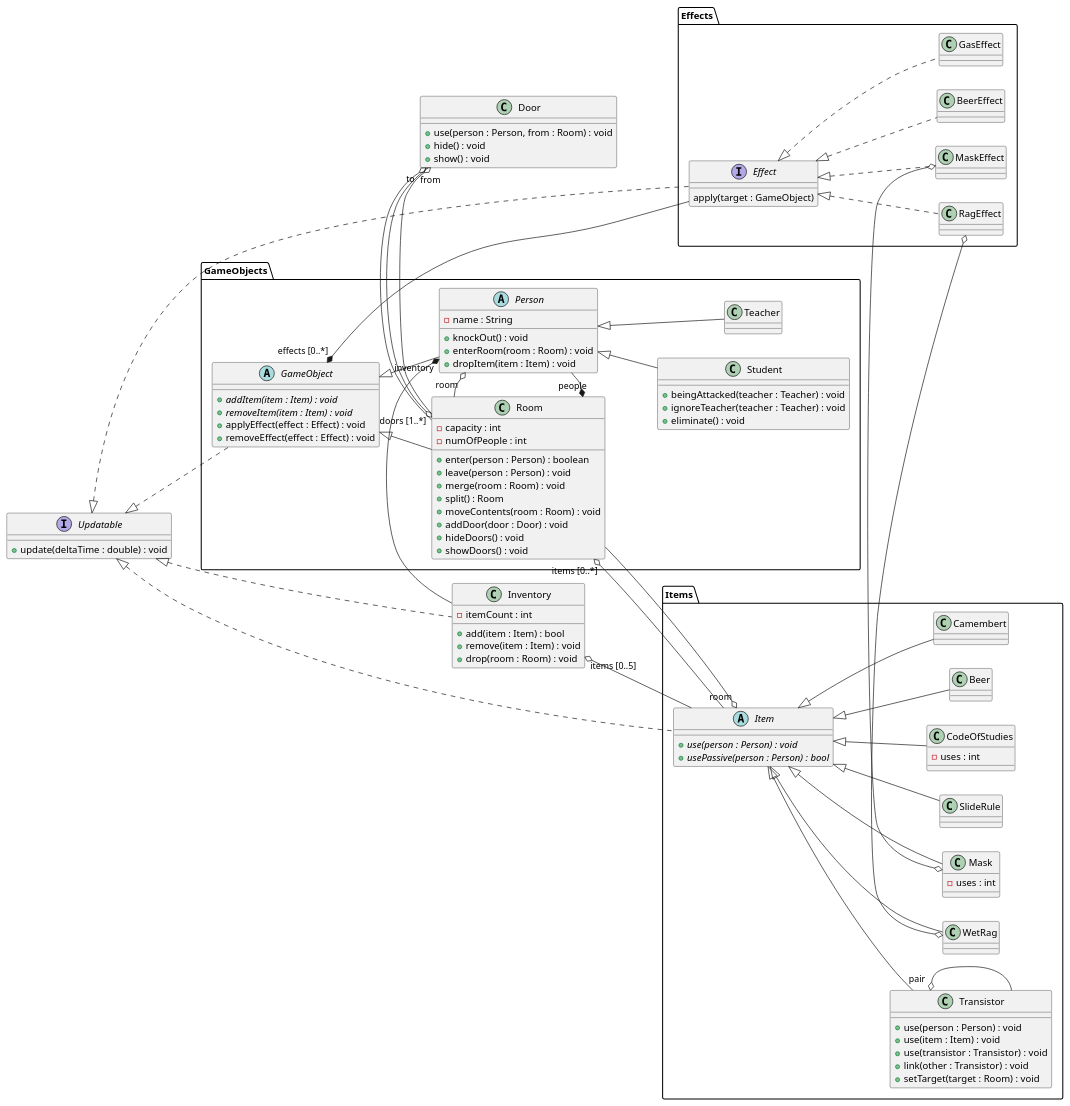
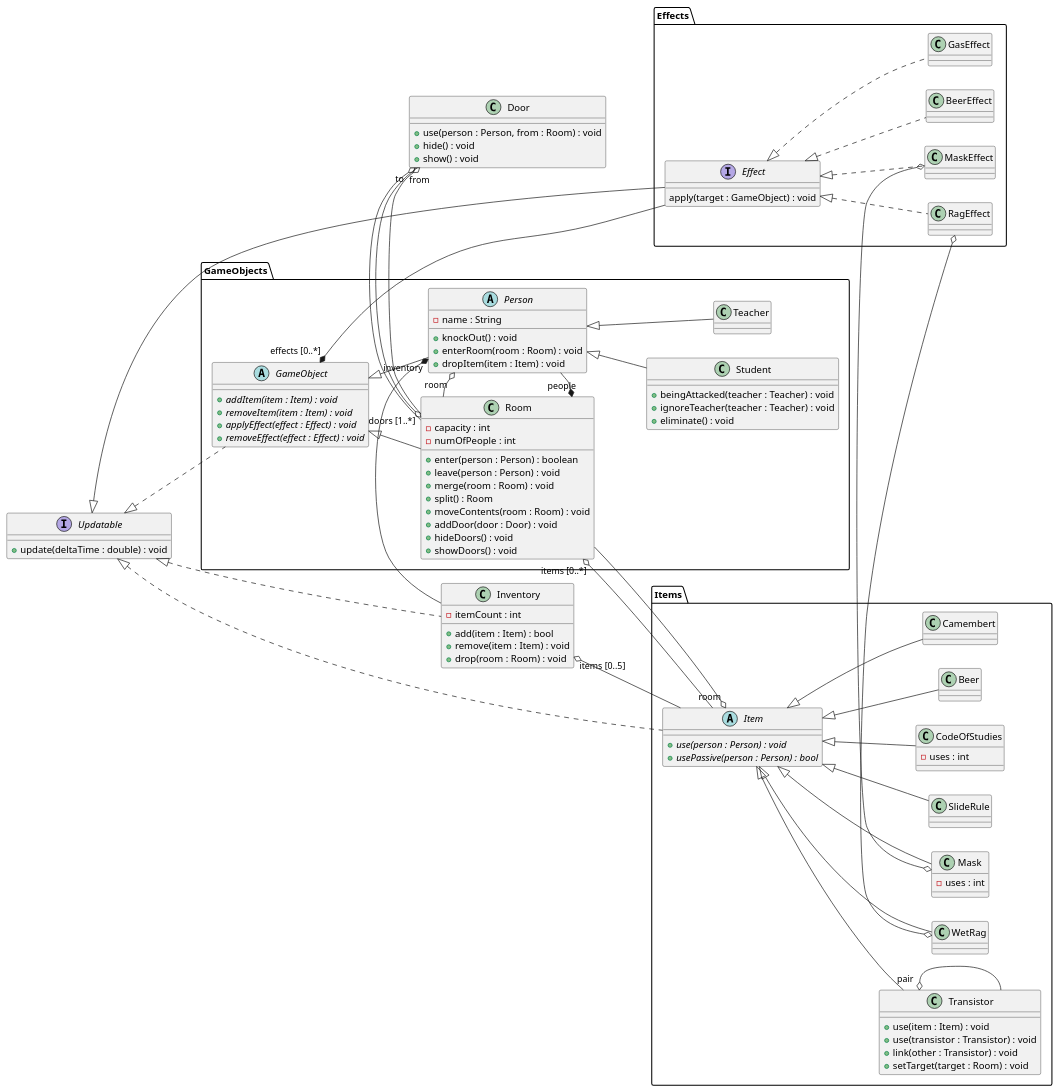
One commit to sn4k3ch4rm3r/logarlec changed the diagram in docs/diagrams/class/overview.puml. Above: the diagram before and after it, drawn with PlantUML. The commit also changed 2 other files, not shown here.

```diff
--- a/docs/diagrams/class/overview.puml
+++ b/docs/diagrams/class/overview.puml
@@ -1,149 +1,148 @@
 @startuml effects
 
 left to right direction
 
 interface Updatable {
 	+ update(deltaTime : double) : void
 }
 
 class Door {
 	+ use(person : Person, from : Room) : void
 	+ hide() : void
 	+ show() : void
 }
 
 class Inventory {
 	- itemCount : int
 	+ add(item : Item) : bool
 	+ remove(item : Item) : void
 	+ drop(room : Room) : void	
 }
 
 package Items {
 	abstract Item {
 		+ {abstract} use(person : Person) : void
 		+ {abstract} usePassive(person : Person) : bool		
 	}
 	
 	class SlideRule
 	
 	class Transistor {
-		+ use(person : Person) : void
 		+ use(item : Item) : void
 		+ use(transistor : Transistor) : void
 		+ link(other : Transistor) : void
 		+ setTarget(target : Room) : void
 	}
 	
 	class CodeOfStudies {
 		- uses : int
 	}
 	
 	class Beer {
 	}
 	
 	class WetRag {
 	}
 	
 	class Mask {
 		- uses : int
 	}
 
 	class Camembert {
 	}
 
 	together {
 		Item <|-- SlideRule
 		Item <|-- Transistor
 		Item <|-- CodeOfStudies
 		Item <|-- Beer
 		Item <|-- WetRag
 		Item <|-- Mask
 		Item <|-- Camembert
 	}
 
 	Transistor "pair" o- Transistor
 }
 
 package Effects {
 	interface Effect {
-		apply(target : GameObject)
+		apply(target : GameObject) : void
 	}
 
 	class BeerEffect
 	class RagEffect
 	class GasEffect
 	class MaskEffect
 
 	together {
 		Effect <|.- BeerEffect
 		Effect <|.- RagEffect
 		Effect <|.- GasEffect
 		Effect <|.- MaskEffect
 	}
 	
-	Updatable <|.- Effect
+	Updatable <|-- Effect
 }
 
 package GameObjects {
 	abstract GameObject {
 		+ {abstract} addItem(item : Item) : void
 		+ {abstract} removeItem(item : Item) : void
-		+ applyEffect(effect : Effect) : void
-		+ removeEffect(effect : Effect) : void
+		+ {abstract} applyEffect(effect : Effect) : void
+		+ {abstract} removeEffect(effect : Effect) : void
 	}
 
 	abstract Person {
 		- name : String
 		+ knockOut() : void
 		+ enterRoom(room : Room) : void
 		+ dropItem(item : Item) : void
 	}
 
 	class Student {
 		+ beingAttacked(teacher : Teacher) : void
 		+ ignoreTeacher(teacher : Teacher) : void
 		+ eliminate() : void
 	}
 	class Teacher {
 		
 	}
 
 	class Room {
 		- capacity : int
 		- numOfPeople : int
 		+ enter(person : Person) : boolean
 		+ leave(person : Person) : void
 		+ merge(room : Room) : void
 		+ split() : Room
 		+ moveContents(room : Room) : void
 		+ addDoor(door : Door) : void
 		+ hideDoors() : void
 		+ showDoors() : void
 	}
 	
 	Updatable <|.- GameObject
 	Updatable <|.- Item
 	Updatable <|.- Inventory
 	GameObject <|-- Person
 	GameObject <|-- Room
 	Person <|-- Teacher
 	Person <|-- Student
 
 	Room "people" *- Person
 	Person "room" o- Room
 	Room "doors [1..*]" o- Door
 	Door "from" o- Room
 	Door "to" o- Room
 	Person "inventory" *- Inventory
 	Inventory "items [0..5]" o-- Item
 	GameObject "effects [0..*]" *-- Effect
 	Room "items [0..*]" o-- Item
 }
 
 
 Item "room" o-- Room
 
 WetRag o-o RagEffect
 Mask o-o MaskEffect
 @enduml
```
